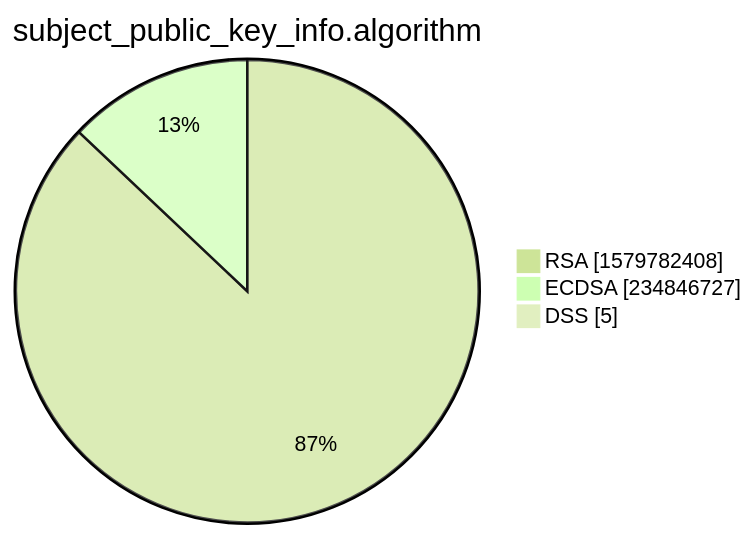
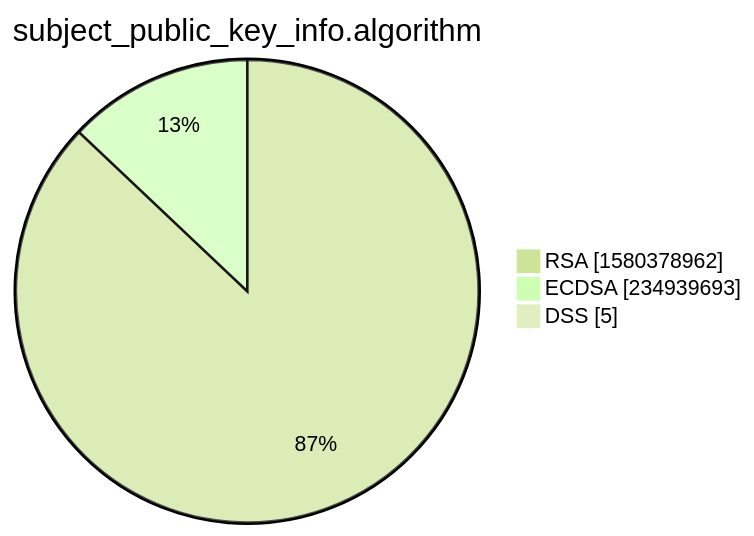
Before and after one commit to christiankrug/ctmonitor_visualization: the third of 15 diagrams in xenon2022/README.md, drawn with Mermaid (forest theme). The commit also changed other lines of this file, not shown here.

````diff
--- a/xenon2022/README.md
+++ b/xenon2022/README.md
@@ -14,7 +14,7 @@
 ```mermaid
 pie showData
 title subject_public_key_info.algorithm
-"RSA" :1579782408
-"ECDSA" :234846727
+"RSA" :1580378962
+"ECDSA" :234939693
 "DSS" :5
 ```
````
